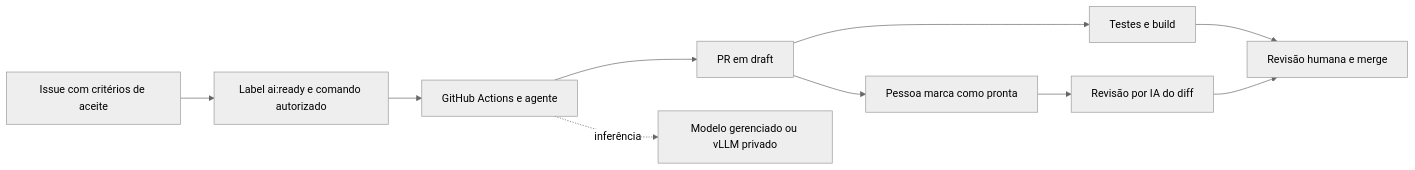
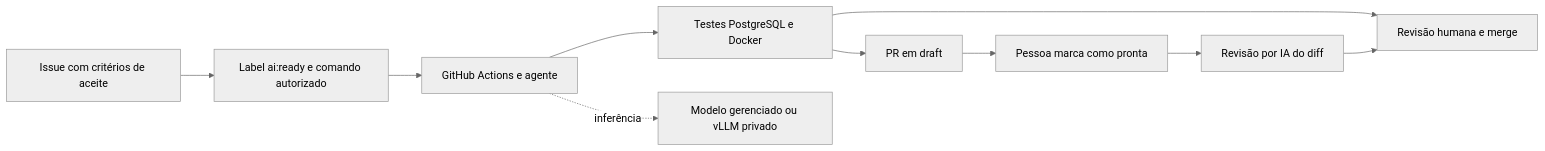
Before and after one commit to lucasnscr/issue-to-pr-ai: the diagram in README.md, drawn with Mermaid (neutral theme). The commit also changed other lines of this file and 30 other files, not shown here.

````diff
--- a/README.md
+++ b/README.md
@@ -11,12 +11,12 @@
 ```mermaid
 flowchart LR
   I[Issue com critérios de aceite] --> G[Label ai:ready e comando autorizado]
   G --> A[GitHub Actions e agente]
-  A --> P[PR em draft]
-  P --> C[Testes e build]
+  A --> C[Testes PostgreSQL e Docker]
+  C --> P[PR em draft]
   P --> H[Pessoa marca como pronta]
   H --> R[Revisão por IA do diff]
   C --> M[Revisão humana e merge]
   R --> M
   A -. inferência .-> L[Modelo gerenciado ou vLLM privado]
 ```
````
